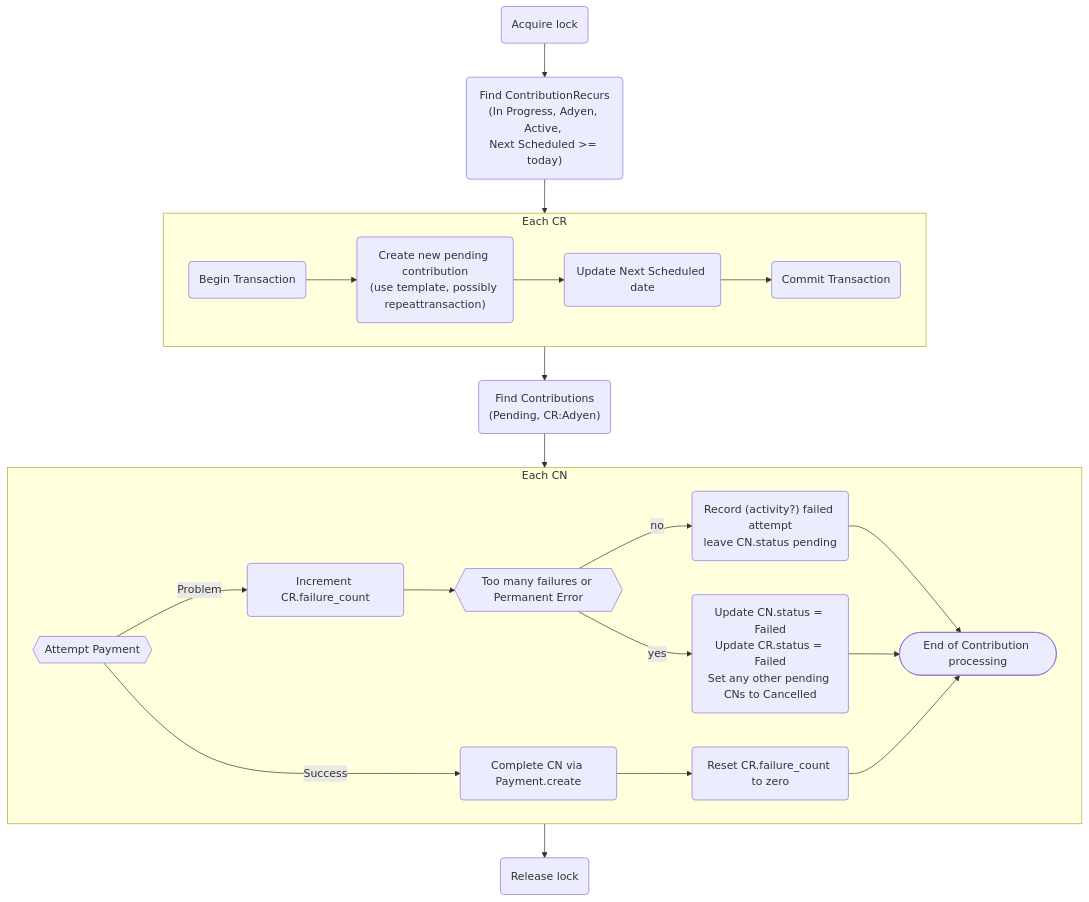
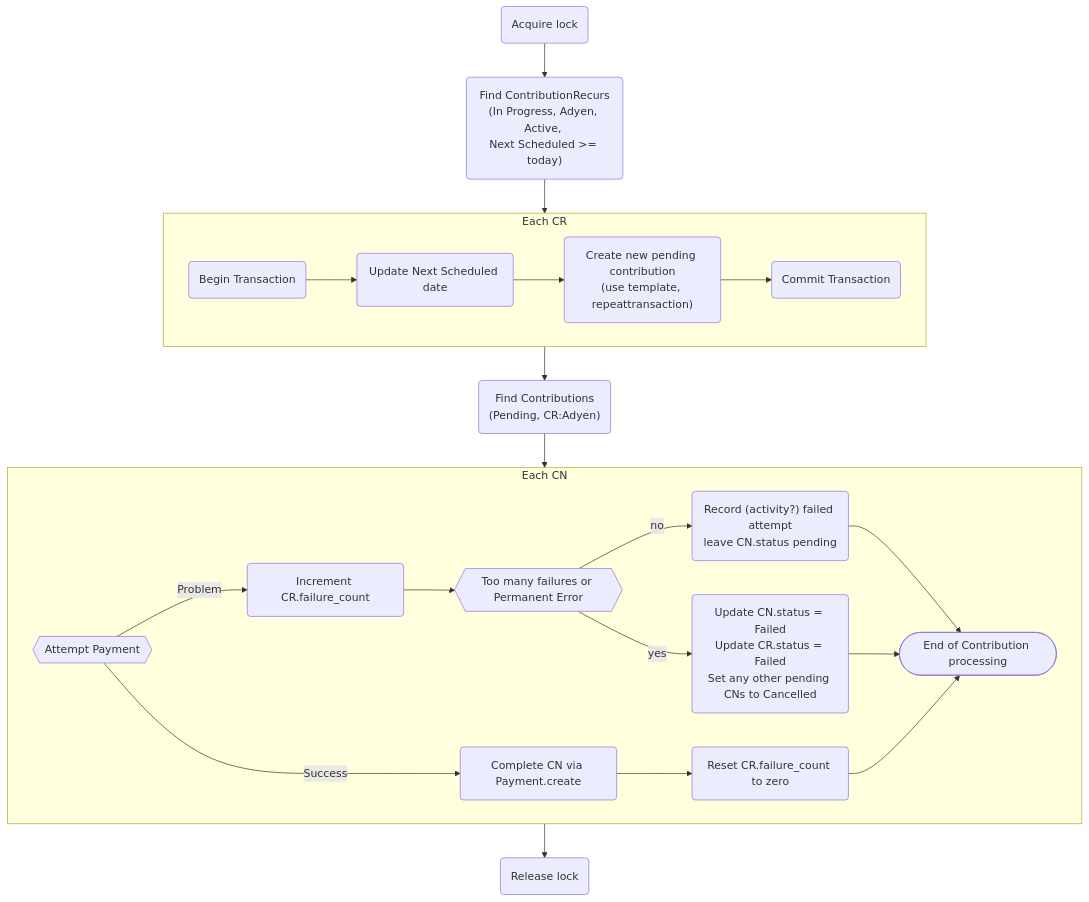
Before and after one commit to greenpeace-cee/adyen: the diagram in docs/reference/index.md, drawn with Mermaid.

````diff
--- a/docs/reference/index.md
+++ b/docs/reference/index.md
@@ -31,35 +31,35 @@
 ```mermaid
 flowchart TD
 
 al(Acquire lock)
 al-->findCrs
 findCrs("Find ContributionRecurs<br>(In Progress, Adyen, Active, <br>Next Scheduled >= today) ")
 findCrs --> eachCR
 
 subgraph eachCR [Each CR]
   beginTrans1("Begin Transaction")
-  cnCreate1-->updateCr1("Update Next Scheduled date")
-  beginTrans1-->cnCreate1("Create new pending contribution<br>(use template, possibly repeattransaction)")
-  updateCr1-->commitTrans1("Commit Transaction")
+  beginTrans1-->updateCr1("Update Next Scheduled date")
+  updateCr1-->cnCreate1("Create new pending contribution<br>(use template, repeattransaction)")
+  cnCreate1-->commitTrans1("Commit Transaction")
 end
 
 eachCR --> findCns
 
 findCns("Find Contributions<br>(Pending, CR:Adyen)")
 findCns-->eachCN
 subgraph eachCN [Each CN]
   attemptPayment{{"Attempt Payment"}}
   attemptPayment-->|Success|payOk(Complete CN via Payment.create)
   payOk-->resetFails("Reset CR.failure_count to zero")
   attemptPayment-->|Problem|incErrors("Increment CR.failure_count<br>")
   incErrors-->tooFaily{{"Too many failures or Permanent Error"}}
   tooFaily-->|yes|payBad("Update CN.status = Failed<br>Update CR.status = Failed<br>Set any other pending CNs to Cancelled")
   tooFaily-->|no|payMeh("Record (activity?) failed attempt<br>leave CN.status pending")
   payMeh-->endCN
   payBad-->endCN
   resetFails-->endCN
   endCN([End of Contribution processing])
 end
 
 eachCN-->releaseLock("Release lock")
 ```
````
